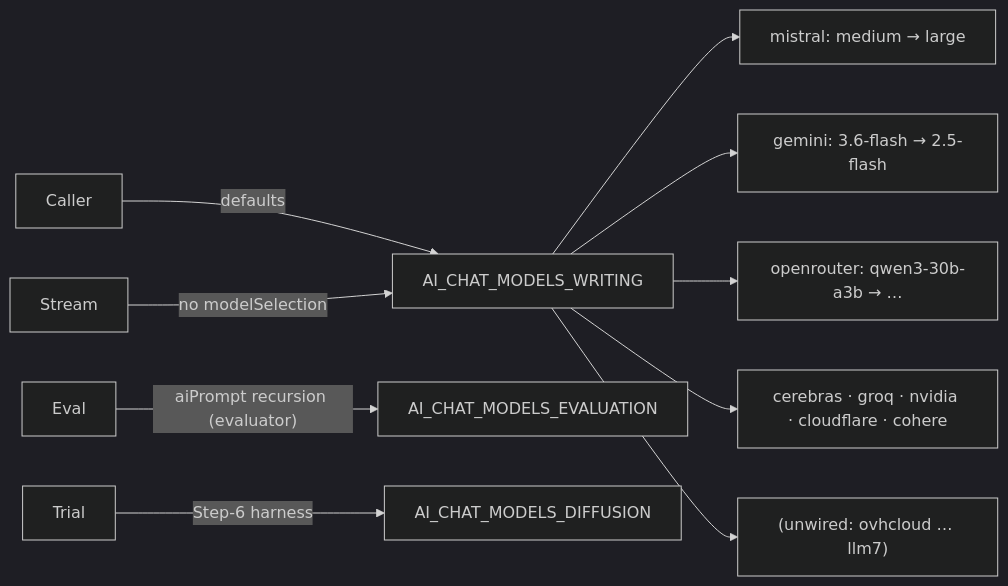
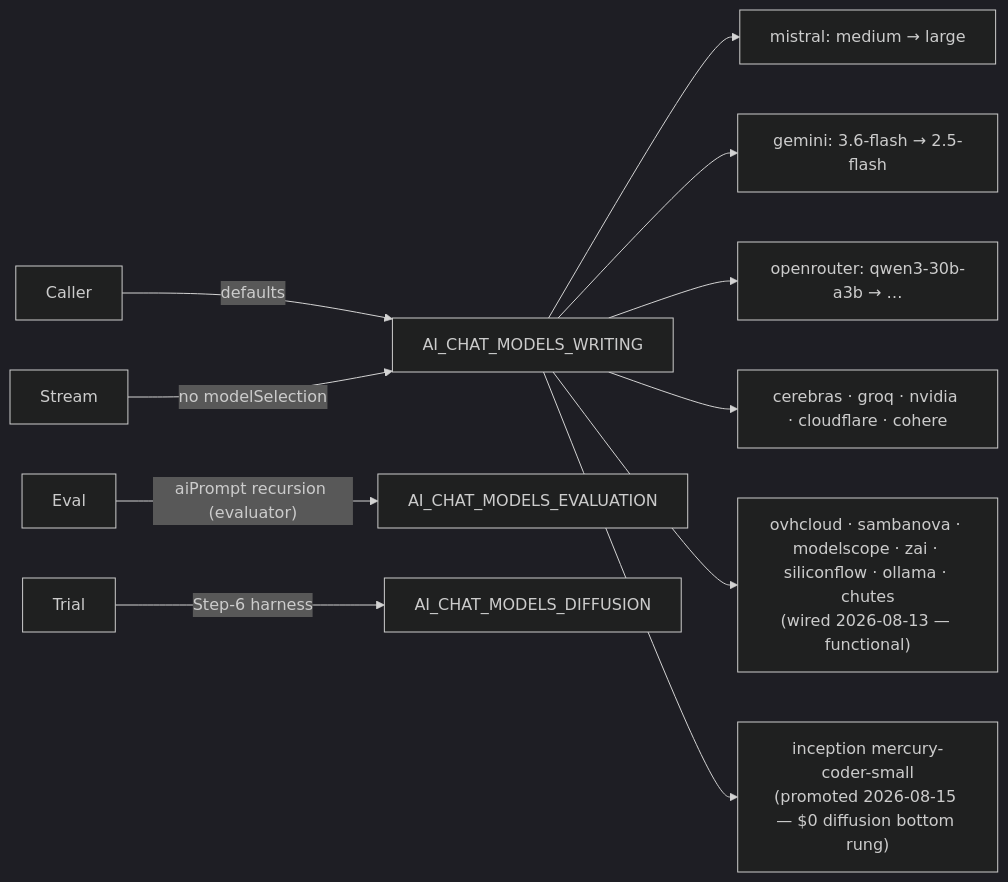
The third of 12 diagrams in docs/architecture/AI_ORCHESTRATION_ARCHITECTURE.md (txufiknr/Twistloom-backend), drawn with Mermaid (dark theme) before and after one commit. The commit also changed other lines of this file and 8 other files, not shown here.

Commit message:
fix(candidate): novel pick 1 random if generated actions are multiple, promoted inception into waterfall orchestration, pen infer key events & key objects

````diff
--- a/docs/architecture/AI_ORCHESTRATION_ARCHITECTURE.md
+++ b/docs/architecture/AI_ORCHESTRATION_ARCHITECTURE.md
@@ -214,12 +235,13 @@
 ```mermaid
 flowchart LR
     Caller -- defaults --> WRITING["AI_CHAT_MODELS_WRITING"]
     Eval -- "aiPrompt recursion (evaluator)" --> EVAL["AI_CHAT_MODELS_EVALUATION"]
     Stream -- no modelSelection --> WRITING
     Trial -- Step-6 harness --> DIFF["AI_CHAT_MODELS_DIFFUSION"]
     WRITING --> M1["mistral: medium → large"]
     WRITING --> M2["gemini: 3.6-flash → 2.5-flash"]
     WRITING --> M3["openrouter: qwen3-30b-a3b → …"]
     WRITING --> M4["cerebras · groq · nvidia · cloudflare · cohere"]
-    WRITING --> M5["(unwired: ovhcloud … llm7)"]
+    WRITING --> M5["ovhcloud · sambanova · modelscope · zai · siliconflow · ollama · chutes<br/>(wired 2026-08-13 — functional)"]
+    WRITING --> M6["inception mercury-coder-small<br/>(promoted 2026-08-15 — $0 diffusion bottom rung)"]
 ```
````
